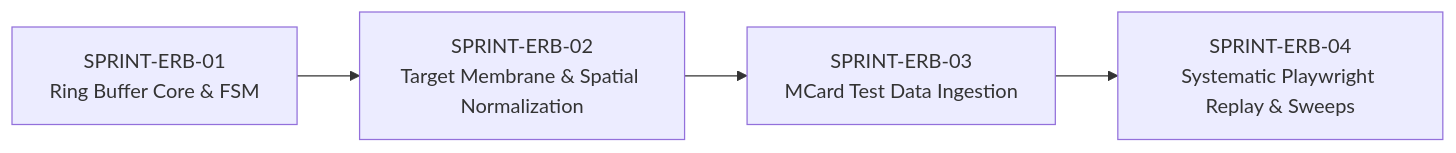
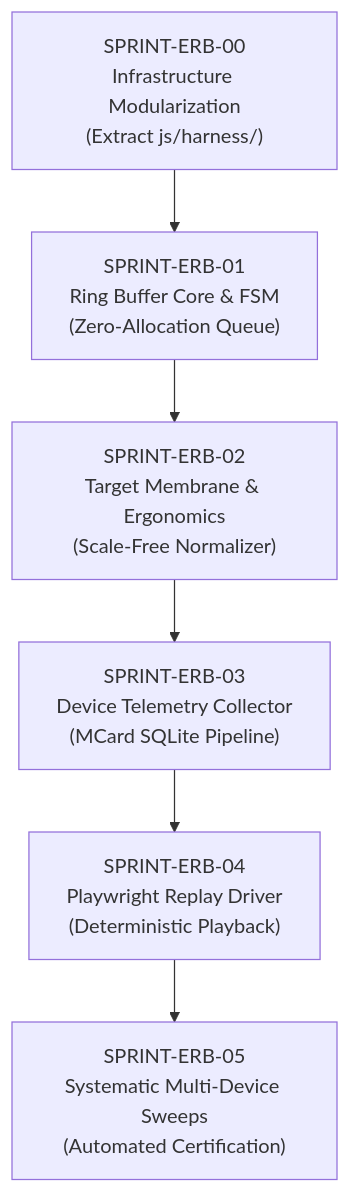
The diagram in docs/sprints/_active/INDEX.md (xlp0/LandingPage), drawn with Mermaid before and after one commit. The commit also changed other lines of this file and 10 other files, not shown here.

First line of the commit message:
feat(sprints): extend active sprint series for device-sensitive testing infrastructure

````diff
--- a/docs/sprints/_active/INDEX.md
+++ b/docs/sprints/_active/INDEX.md
@@ -36,6 +38,8 @@
 ```mermaid
-graph LR
-    S1["SPRINT-ERB-01<br/>Ring Buffer Core & FSM"] --> S2["SPRINT-ERB-02<br/>Target Membrane & Spatial Normalization"]
-    S2 --> S3["SPRINT-ERB-03<br/>MCard Test Data Ingestion"]
-    S3 --> S4["SPRINT-ERB-04<br/>Systematic Playwright Replay & Sweeps"]
+graph TD
+    S0["SPRINT-ERB-00<br/>Infrastructure Modularization<br/>(Extract js/harness/)"] --> S1["SPRINT-ERB-01<br/>Ring Buffer Core & FSM<br/>(Zero-Allocation Queue)"]
+    S1 --> S2["SPRINT-ERB-02<br/>Target Membrane & Ergonomics<br/>(Scale-Free Normalizer)"]
+    S2 --> S3["SPRINT-ERB-03<br/>Device Telemetry Collector<br/>(MCard SQLite Pipeline)"]
+    S3 --> S4["SPRINT-ERB-04<br/>Playwright Replay Driver<br/>(Deterministic Playback)"]
+    S4 --> S5["SPRINT-ERB-05<br/>Systematic Multi-Device Sweeps<br/>(Automated Certification)"]
 ```
````
